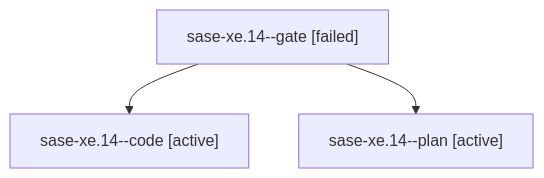
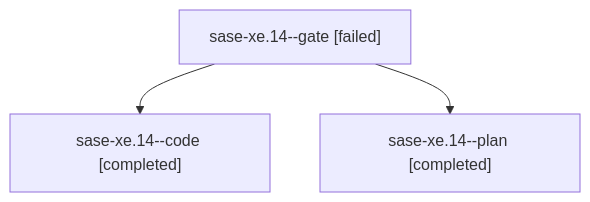
The diagram in families/bbugyi200.athena.sase-xe.14.md (sase-org/sase--agents), drawn with Mermaid before and after one commit. The commit also changed other lines of this file and 221 other files, not shown here.

````diff
--- a/families/bbugyi200.athena.sase-xe.14.md
+++ b/families/bbugyi200.athena.sase-xe.14.md
@@ -9,8 +9,8 @@
 ```mermaid
 flowchart TD
   n0["sase-xe.14--gate [failed]"]
-  n1["sase-xe.14--code [active]"]
+  n1["sase-xe.14--code [completed]"]
   n0 --> n1
-  n2["sase-xe.14--plan [active]"]
+  n2["sase-xe.14--plan [completed]"]
   n0 --> n2
 ```
````
